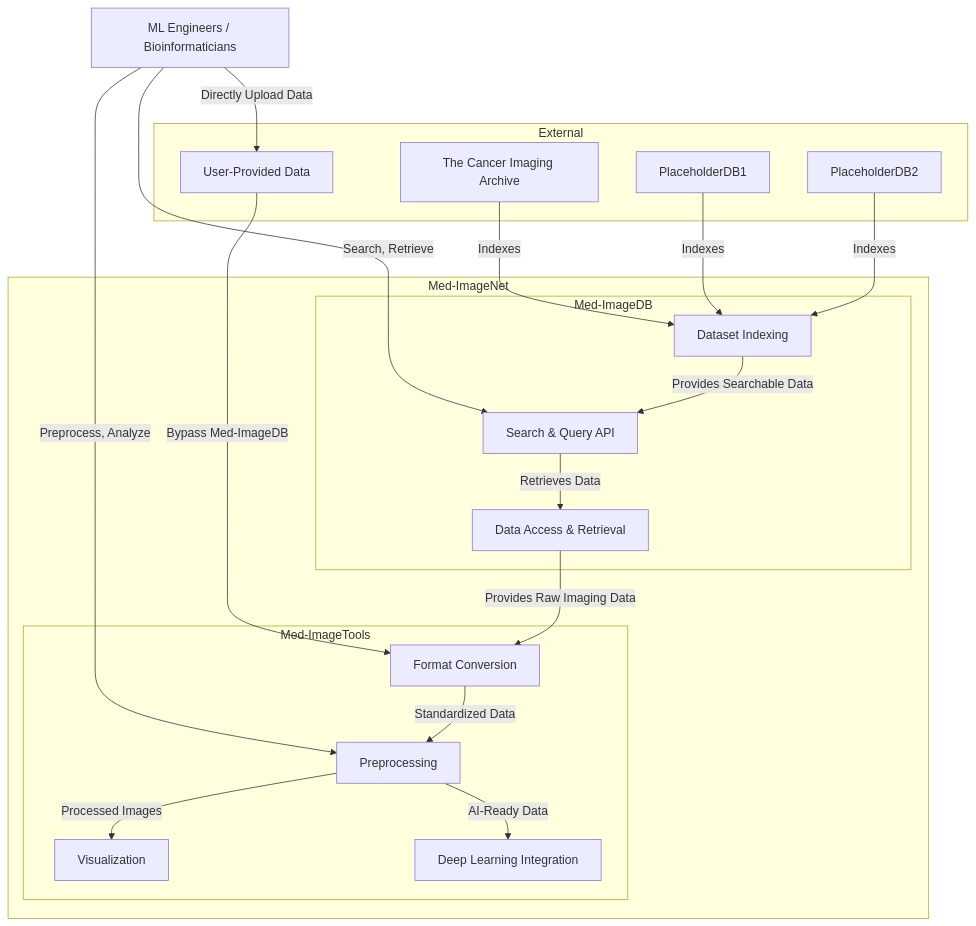
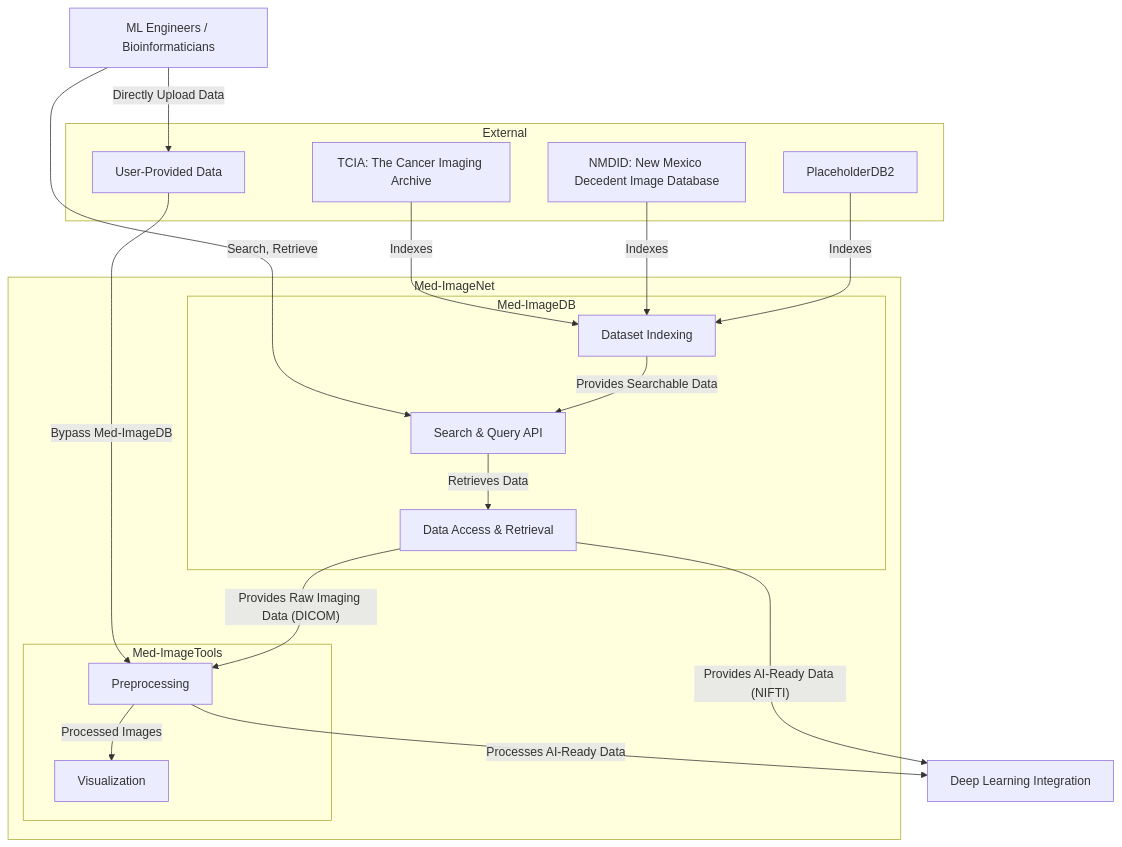
The second of 2 diagrams in docs/devnotes/UserStoriesAndArchitecture.md (bhklab/med-imagenet), drawn with Mermaid before and after one commit. The commit also changed other lines of this file and 4 other files, not shown here.

First line of the commit message:
fix: update UserStoriesAndArchitecture.md (#2)

````diff
--- a/docs/devnotes/UserStoriesAndArchitecture.md
+++ b/docs/devnotes/UserStoriesAndArchitecture.md
@@ -118,42 +180,34 @@
 ```mermaid
-graph TD
-    subgraph External
-        TCIA[The Cancer Imaging Archive]
-        DB1[PlaceholderDB1]
-        DB2[PlaceholderDB2]
-        UserData[User-Provided Data]
-    end
-
-    subgraph Med-ImageNet
-        subgraph Med-ImageDB
-            Indexing[Dataset Indexing]
-            Query[Search & Query API]
-            Access[Data Access & Retrieval]
-        end
-
-        subgraph Med-ImageTools
-            Preprocess[Preprocessing]
-            Convert[Format Conversion]
-            Visualize[Visualization]
-            AI-Ready[Deep Learning Integration]
-        end
-    end
-
-    Users[ML Engineers / Bioinformaticians] -->|Search, Retrieve| Query
-    Users -->|Preprocess, Analyze| Preprocess
-    Users -->|Directly Upload Data| UserData
-
-    TCIA -->|Indexes| Indexing
-    DB1 -->|Indexes| Indexing
-    DB2 -->|Indexes| Indexing
-
-    UserData -->|Bypass Med-ImageDB| Convert
-
-    Indexing -->|Provides Searchable Data| Query
-    Query -->|Retrieves Data| Access
-    Access -->|Provides Raw Imaging Data| Convert
-
-    Convert -->|Standardized Data| Preprocess
-    Preprocess -->|Processed Images| Visualize
-    Preprocess -->|AI-Ready Data| AI-Ready
+flowchart TD
+ subgraph External["External"]
+        TCIA["TCIA: The Cancer Imaging Archive"]
+        DB1["NMDID: New Mexico Decedent Image Database"]
+        DB2["PlaceholderDB2"]
+        UserData["User-Provided Data"]
+  end
+ subgraph s1["Med-ImageDB"]
+        Indexing["Dataset Indexing"]
+        Query["Search & Query API"]
+        Access["Data Access & Retrieval"]
+  end
+ subgraph s2["Med-ImageTools"]
+        Preprocess["Preprocessing"]
+        Visualize["Visualization"]
+  end
+ subgraph s3["Med-ImageNet"]
+        s1
+        s2
+  end
+    Users["ML Engineers / Bioinformaticians"] -- Search, Retrieve --> Query
+    Users -- Directly Upload Data --> UserData
+    TCIA -- Indexes --> Indexing
+    DB1 -- Indexes --> Indexing
+    DB2 -- Indexes --> Indexing
+    UserData -- "Bypass Med-ImageDB" --> Preprocess
+    Indexing -- Provides Searchable Data --> Query
+    Query -- Retrieves Data --> Access
+    Access -- Provides Raw Imaging Data (DICOM) --> Preprocess
+    Preprocess -- "Processes AI-Ready Data" --> AI-Ready["Deep Learning Integration"]
+    Access -- "Provides AI-Ready Data (NIFTI)" --> AI-Ready
+    Preprocess -- Processed Images --> Visualize
 ```
````
